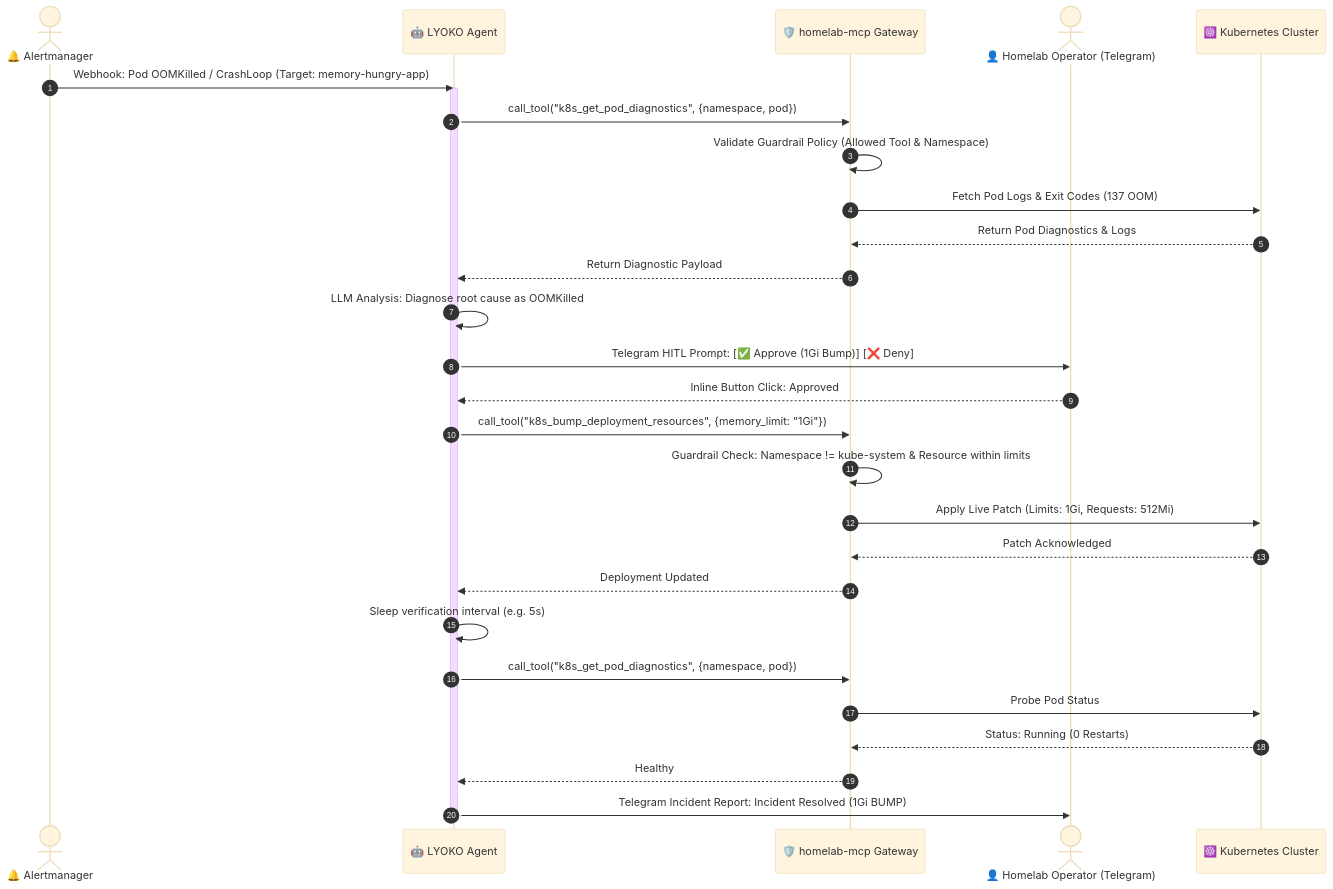
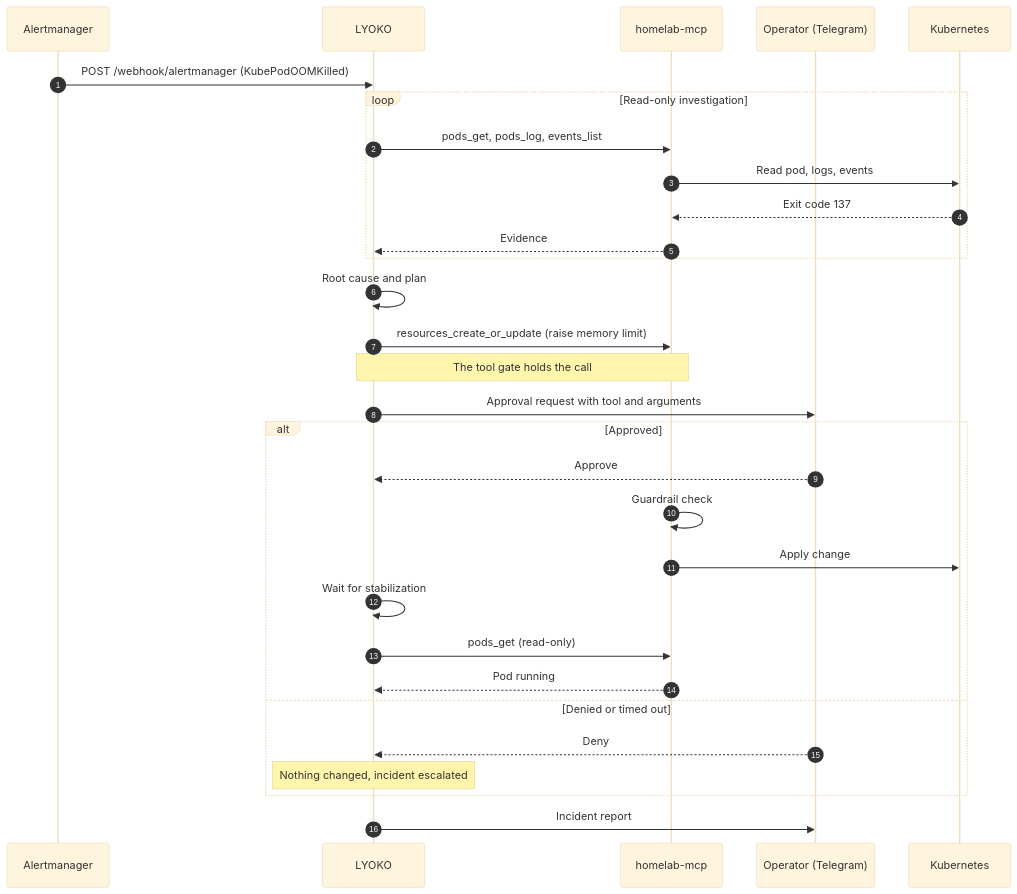
One commit to csp33/homelab-ai-ops changed the second of 2 diagrams in README.md. Above: the diagram before and after it, drawn with Mermaid (base theme). The commit also changed other lines of this file and 41 other files, not shown here.

First line of the commit message:
feat(lyoko): one routed graph for chat and alerts, approval gate, and guardrail fix (#17)

````diff
--- a/README.md
+++ b/README.md
@@ -77,36 +72,37 @@
 ```mermaid
 sequenceDiagram
     autonumber
-    actor Alertmanager as 🔔 Alertmanager
-    participant LYOKO as 🤖 LYOKO Agent
-    participant Gateway as 🛡️ homelab-mcp Gateway
-    actor Operator as 👤 Homelab Operator (Telegram)
-    participant K8s as ☸️ Kubernetes Cluster
+    participant AM as Alertmanager
+    participant L as LYOKO
+    participant G as homelab-mcp
+    participant O as Operator (Telegram)
+    participant K as Kubernetes
 
-    Alertmanager->>LYOKO: Webhook: Pod OOMKilled / CrashLoop (Target: memory-hungry-app)
-    activate LYOKO
-    LYOKO->>Gateway: call_tool("k8s_get_pod_diagnostics", {namespace, pod})
-    Gateway->>Gateway: Validate Guardrail Policy (Allowed Tool & Namespace)
-    Gateway->>K8s: Fetch Pod Logs & Exit Codes (137 OOM)
-    K8s-->>Gateway: Return Pod Diagnostics & Logs
-    Gateway-->>LYOKO: Return Diagnostic Payload
-    
-    LYOKO->>LYOKO: LLM Analysis: Diagnose root cause as OOMKilled
-    LYOKO->>Operator: Telegram HITL Prompt: [✅ Approve (1Gi Bump)] [❌ Deny]
-    Operator-->>LYOKO: Inline Button Click: Approved
-    LYOKO->>Gateway: call_tool("k8s_bump_deployment_resources", {memory_limit: "1Gi"})
-    Gateway->>Gateway: Guardrail Check: Namespace != kube-system & Resource within limits
-    Gateway->>K8s: Apply Live Patch (Limits: 1Gi, Requests: 512Mi)
-    K8s-->>Gateway: Patch Acknowledged
-    Gateway-->>LYOKO: Deployment Updated
+    AM->>L: POST /webhook/alertmanager (KubePodOOMKilled)
 
-    LYOKO->>LYOKO: Sleep verification interval (e.g. 5s)
-    LYOKO->>Gateway: call_tool("k8s_get_pod_diagnostics", {namespace, pod})
-    Gateway->>K8s: Probe Pod Status
-    K8s-->>Gateway: Status: Running (0 Restarts)
-    Gateway-->>LYOKO: Healthy
+    loop Read-only investigation
+        L->>G: pods_get, pods_log, events_list
+        G->>K: Read pod, logs, events
+        K-->>G: Exit code 137
+        G-->>L: Evidence
+    end
+    L->>L: Root cause and plan
 
-    LYOKO->>Operator: Telegram Incident Report: Incident Resolved (1Gi BUMP)
-    deactivate LYOKO
+    L->>G: resources_create_or_update (raise memory limit)
+    Note over L,G: The tool gate holds the call
+    L->>O: Approval request with tool and arguments
 
+    alt Approved
+        O-->>L: Approve
+        G->>G: Guardrail check
+        G->>K: Apply change
+        L->>L: Wait for stabilization
+        L->>G: pods_get (read-only)
+        G-->>L: Pod running
+    else Denied or timed out
+        O-->>L: Deny
+        Note over L: Nothing changed, incident escalated
+    end
+
+    L->>O: Incident report
 ```
````
